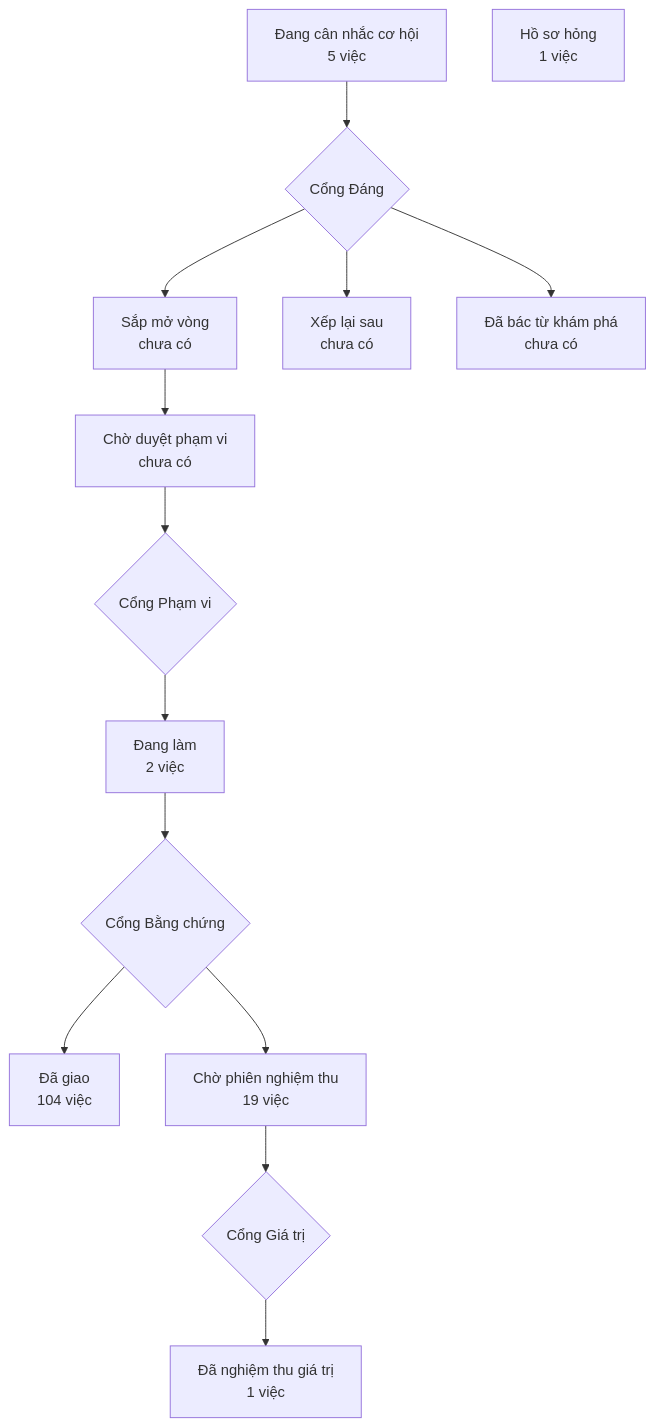
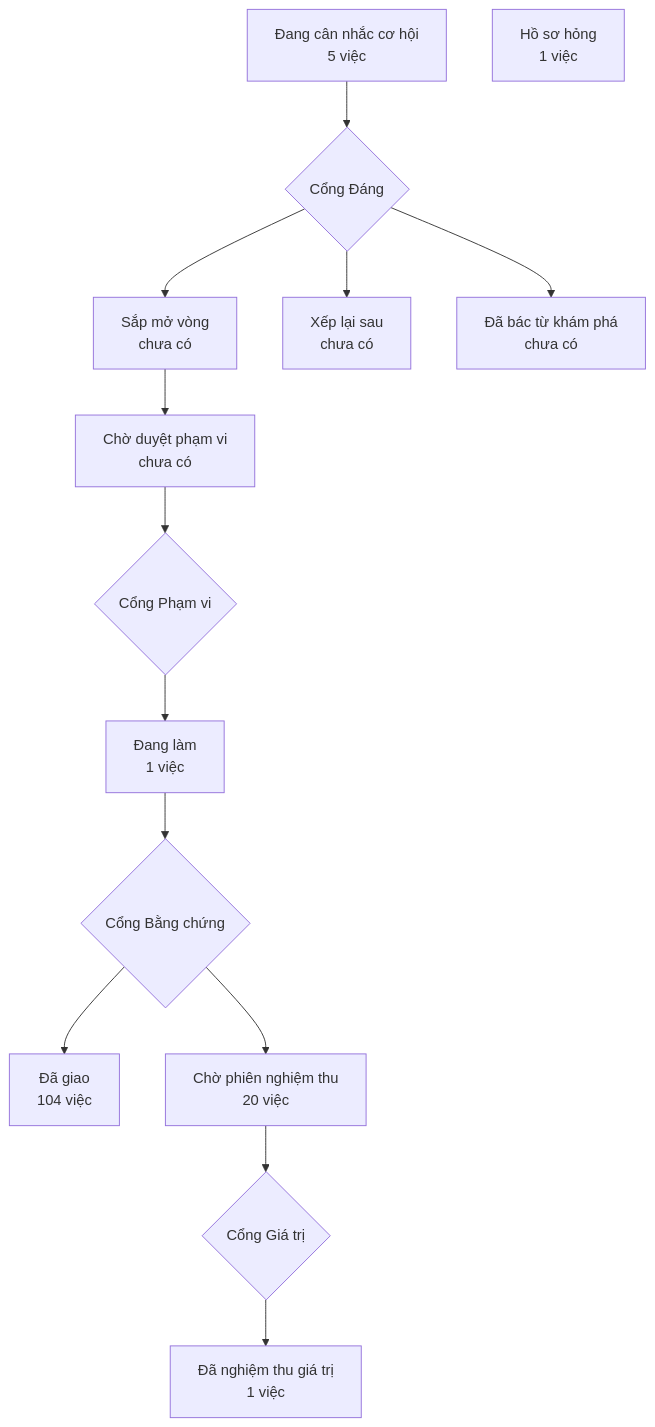
Before and after one commit to phanlemanh/crm-onehub: the diagram in PRODUCT-MAP.md, drawn with Mermaid. The commit also changed 3 other files, not shown here.

````diff
--- a/PRODUCT-MAP.md
+++ b/PRODUCT-MAP.md
@@ -6,13 +6,13 @@
 ```mermaid
 flowchart TD
   A["Đang cân nhắc cơ hội<br/>5 việc"] --> GD{"Cổng Đáng"}
   GD --> B["Sắp mở vòng<br/>chưa có"]
   GD --> XL["Xếp lại sau<br/>chưa có"]
   GD --> DB["Đã bác từ khám phá<br/>chưa có"]
   B --> CD["Chờ duyệt phạm vi<br/>chưa có"] --> GP{"Cổng Phạm vi"}
-  GP --> DL["Đang làm<br/>2 việc"] --> GB{"Cổng Bằng chứng"}
+  GP --> DL["Đang làm<br/>1 việc"] --> GB{"Cổng Bằng chứng"}
   GB --> DG["Đã giao<br/>104 việc"]
-  GB --> CN["Chờ phiên nghiệm thu<br/>19 việc"] --> GG{"Cổng Giá trị"}
+  GB --> CN["Chờ phiên nghiệm thu<br/>20 việc"] --> GG{"Cổng Giá trị"}
   GG --> NT["Đã nghiệm thu giá trị<br/>1 việc"]
   HS["Hồ sơ hỏng<br/>1 việc"]
 ```
````
